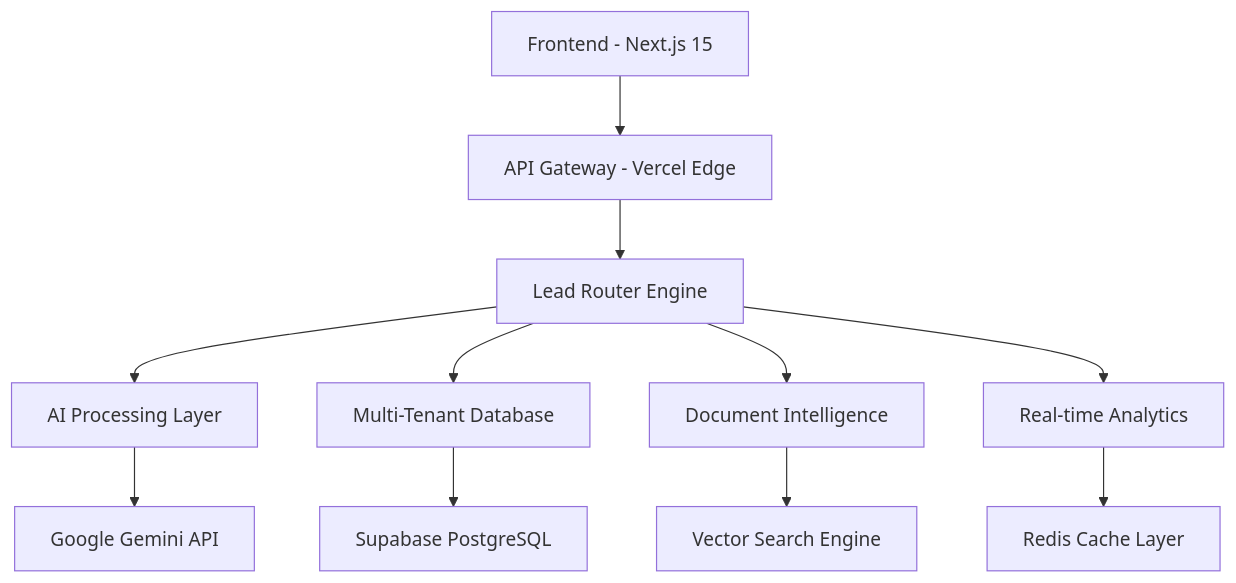
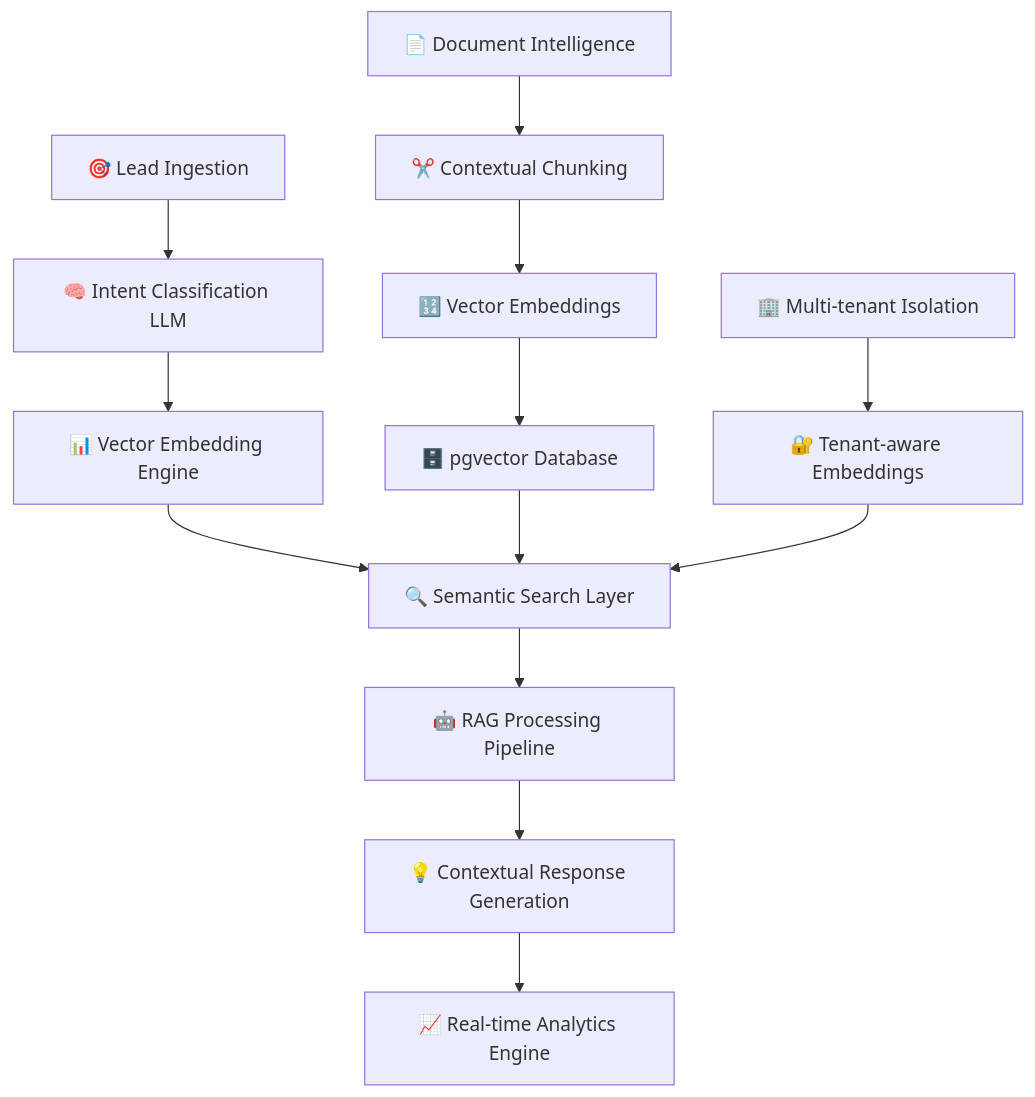
Before and after one commit to nicuk/docsflow: the diagram in README.md, drawn with Mermaid. The commit also changed other lines of this file, not shown here.

First line of the commit message:
feat: enhance README with RAG/AI buzzwords for recruiters

````diff
--- a/README.md
+++ b/README.md
@@ -35,13 +36,17 @@
 ```mermaid
 graph TB
-    A[Frontend - Next.js 15] --> B[API Gateway - Vercel Edge]
-    B --> C[Lead Router Engine]
-    C --> D[AI Processing Layer]
-    D --> E[Google Gemini API]
-    C --> F[Multi-Tenant Database]
-    F --> G[Supabase PostgreSQL]
-    C --> H[Document Intelligence]
-    H --> I[Vector Search Engine]
-    C --> J[Real-time Analytics]
-    J --> K[Redis Cache Layer]
+    A["🎯 Lead Ingestion"] --> B["🧠 Intent Classification LLM"]
+    B --> C["📊 Vector Embedding Engine"]
+    C --> D["🔍 Semantic Search Layer"]
+    D --> E["🤖 RAG Processing Pipeline"]
+    E --> F["💡 Contextual Response Generation"]
+    F --> G["📈 Real-time Analytics Engine"]
+    
+    H["📄 Document Intelligence"] --> I["✂️ Contextual Chunking"]
+    I --> J["🔢 Vector Embeddings"]
+    J --> K["🗄️ pgvector Database"]
+    K --> D
+    
+    L["🏢 Multi-tenant Isolation"] --> M["🔐 Tenant-aware Embeddings"]
+    M --> D
 ```
````
